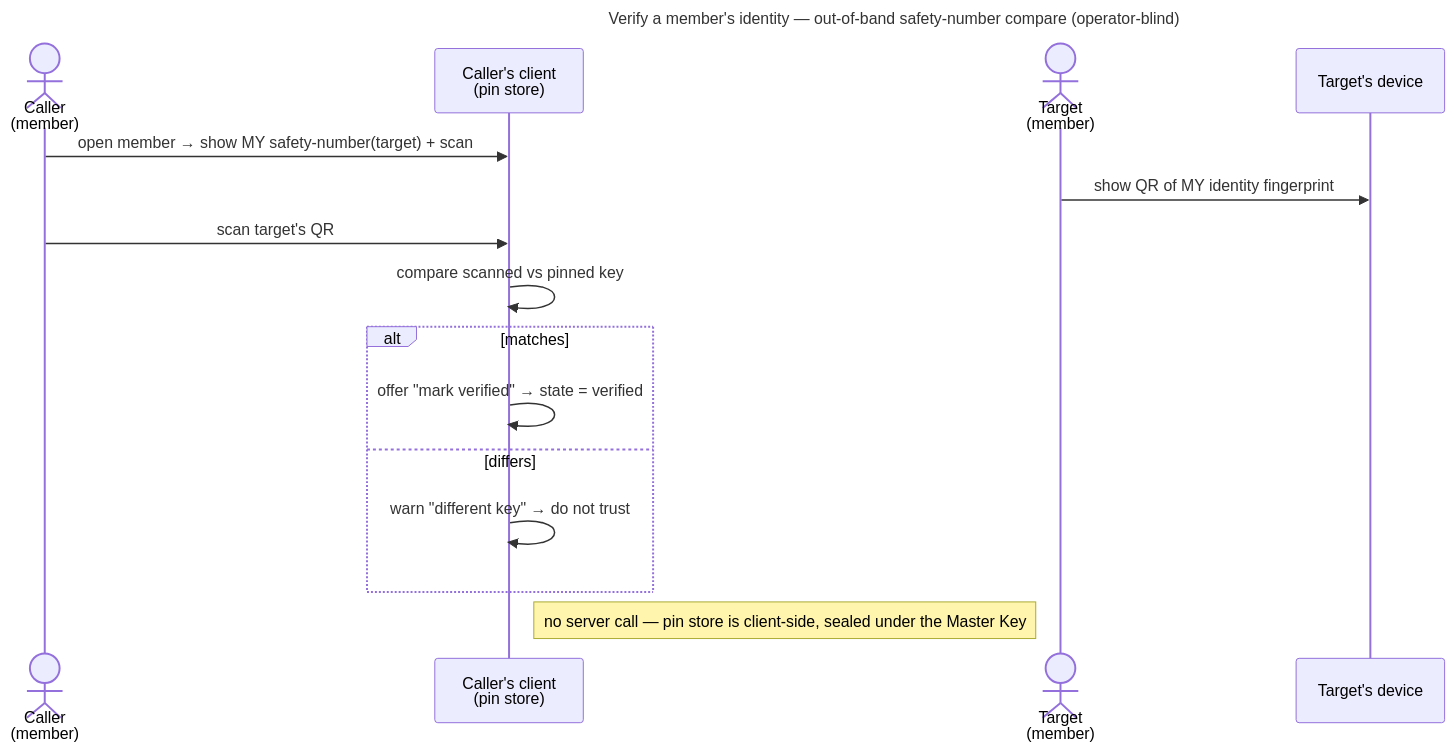
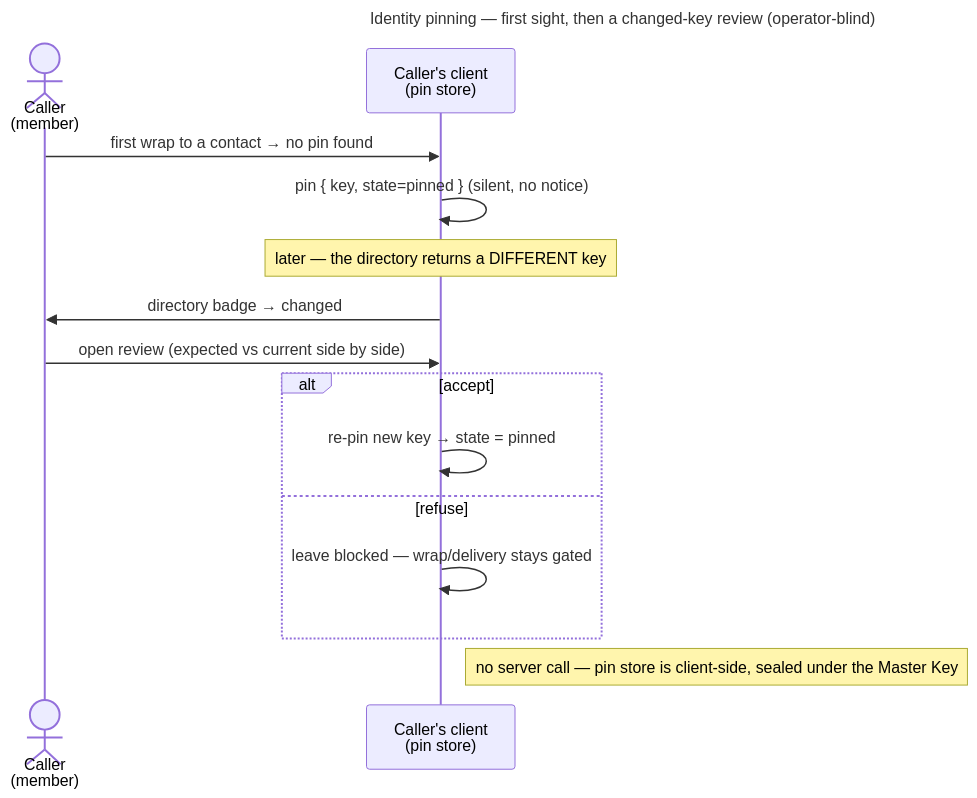
The diagram in docs/features/spaces/use-cases/uc.spaces.verify-identity.md (raddatzk/veyq), drawn with Mermaid before and after one commit. The commit also changed other lines of this file and 11 other files, not shown here.

````diff
--- a/docs/features/spaces/use-cases/uc.spaces.verify-identity.md
+++ b/docs/features/spaces/use-cases/uc.spaces.verify-identity.md
@@ -37,20 +38,19 @@
 ```mermaid
 ---
-title: Verify a member's identity — out-of-band safety-number compare (operator-blind)
+title: Identity pinning — first sight, then a changed-key review (operator-blind)
 ---
 sequenceDiagram
   actor A as Caller<br>(member)
   participant CA as Caller's client<br>(pin store)
-  actor B as Target<br>(member)
-  participant CB as Target's device
-  A->>CA: open member → show MY safety-number(target) + scan
-  B->>CB: show QR of MY identity fingerprint
-  A->>CA: scan target's QR
-  CA->>CA: compare scanned vs pinned key
-  alt matches
-  CA->>CA: offer "mark verified" → state = verified
-  else differs
-  CA->>CA: warn "different key" → do not trust
+  A->>CA: first wrap to a contact → no pin found
+  CA->>CA: pin { key, state=pinned } (silent, no notice)
+  Note over CA: later — the directory returns a DIFFERENT key
+  CA->>A: directory badge → changed
+  A->>CA: open review (expected vs current side by side)
+  alt accept
+  CA->>CA: re-pin new key → state = pinned
+  else refuse
+  CA->>CA: leave blocked — wrap/delivery stays gated
   end
   Note right of CA: no server call — pin store is client-side, sealed under the Master Key
 ```
````
